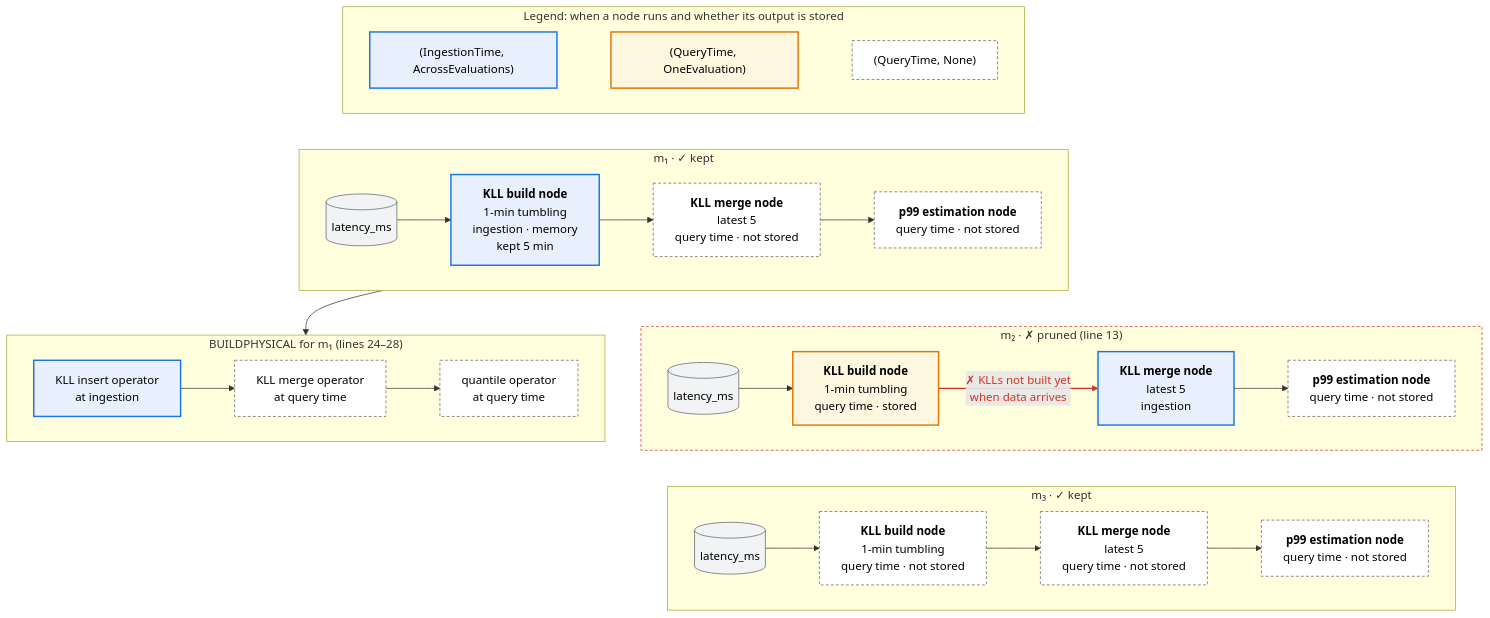
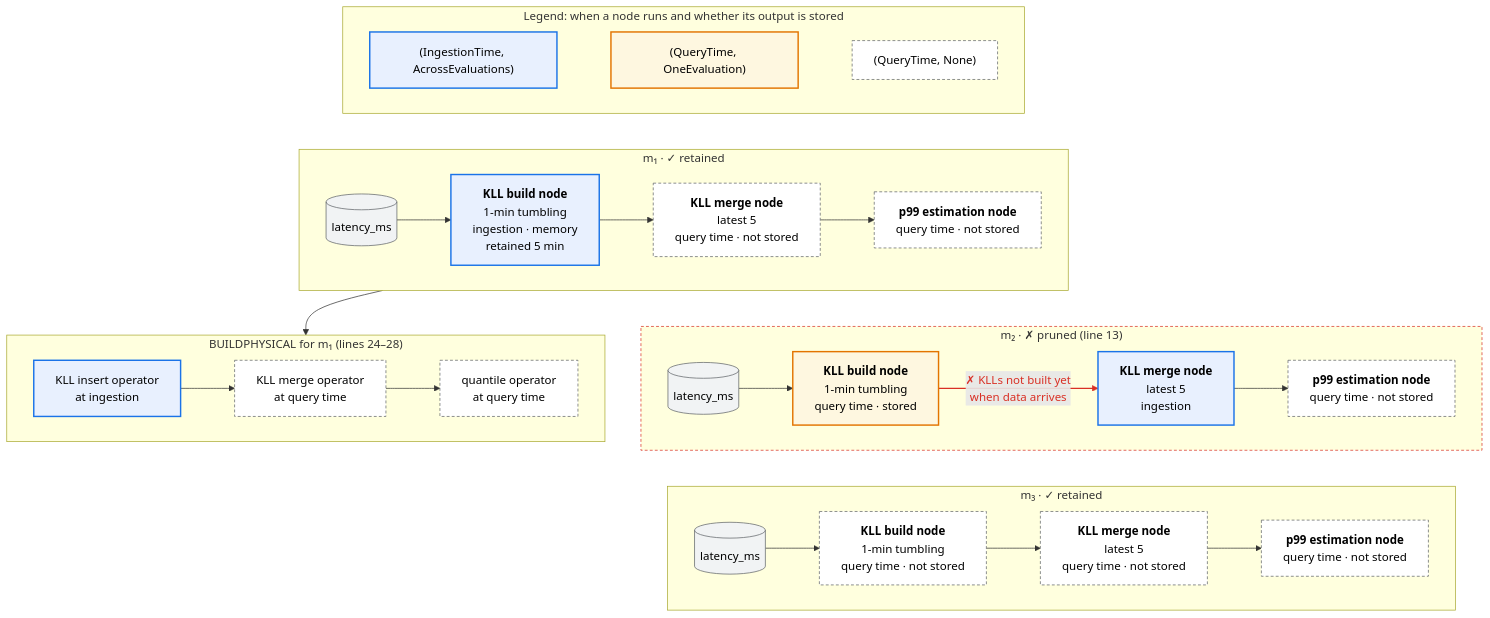
Before and after one commit to ProjectASAP/ASAPPlanner: the sixth of 16 diagrams in docs/design_docs/proposals/planner-layering.md, drawn with Mermaid. The commit also changed other lines of this file and 119 other files, not shown here.

````diff
--- a/docs/design_docs/proposals/planner-layering.md
+++ b/docs/design_docs/proposals/planner-layering.md
@@ -1239,33 +1239,33 @@
 ```mermaid
 flowchart TB
-  subgraph M1["m₁ · ✓ kept"]
+  subgraph M1["m₁ · ✓ retained"]
     direction LR
-    a0[("latency_ms")]:::data --> a1["<b>KLL build node</b><br/>1-min tumbling<br/>ingestion · memory<br/>kept 5 min"]:::ingest --> a2["<b>KLL merge node</b><br/>latest 5<br/>query time · not stored"]:::notmat --> a3["<b>p99 estimation node</b><br/>query time · not stored"]:::notmat
+    a0[("latency_ms")]:::data --> a1["<b>KLL build node</b><br/>1-min tumbling<br/>ingestion · memory<br/>retained 5 min"]:::ingest --> a2["<b>KLL merge node</b><br/>latest 5<br/>query time · not stored"]:::notmat --> a3["<b>p99 estimation node</b><br/>query time · not stored"]:::notmat
   end
   subgraph M2["m₂ · ✗ pruned (line 13)"]
     direction LR
     b0[("latency_ms")]:::data --> b1["<b>KLL build node</b><br/>1-min tumbling<br/>query time · stored"]:::qtime -->|"✗ KLLs not built yet<br/>when data arrives"| b2["<b>KLL merge node</b><br/>latest 5<br/>ingestion"]:::ingest --> b3["<b>p99 estimation node</b><br/>query time · not stored"]:::notmat
   end
-  subgraph M3["m₃ · ✓ kept"]
+  subgraph M3["m₃ · ✓ retained"]
     direction LR
     c0[("latency_ms")]:::data --> c1["<b>KLL build node</b><br/>1-min tumbling<br/>query time · not stored"]:::notmat --> c2["<b>KLL merge node</b><br/>latest 5<br/>query time · not stored"]:::notmat --> c3["<b>p99 estimation node</b><br/>query time · not stored"]:::notmat
   end
   subgraph P1["BUILDPHYSICAL for m₁ (lines 24–28)"]
     direction LR
     p1["KLL insert operator<br/>at ingestion"]:::ingest --> p2["KLL merge operator<br/>at query time"]:::notmat --> p3["quantile operator<br/>at query time"]:::notmat
   end
   subgraph LEG["Legend: when a node runs and whether its output is stored"]
     direction LR
     l1["(IngestionTime, AcrossEvaluations)"]:::ingest ~~~ l2["(QueryTime, OneEvaluation)"]:::qtime ~~~ l3["(QueryTime, None)"]:::notmat
   end
   M1 --> P1
   LEG ~~~ M1
   M1 ~~~ M2
   M2 ~~~ M3
   linkStyle 4 stroke:#d93025,stroke-width:2px,color:#d93025
   classDef data fill:#f1f3f4,stroke:#5f6368,color:#000;
   classDef ingest fill:#e8f0fe,stroke:#1a73e8,stroke-width:2px,color:#000;
   classDef qtime fill:#fef7e0,stroke:#e37400,stroke-width:2px,color:#000;
   classDef notmat fill:#fff,stroke:#5f6368,stroke-dasharray:4 3,color:#000;
   style M2 stroke:#d93025,stroke-dasharray:4 3
 ```
````
